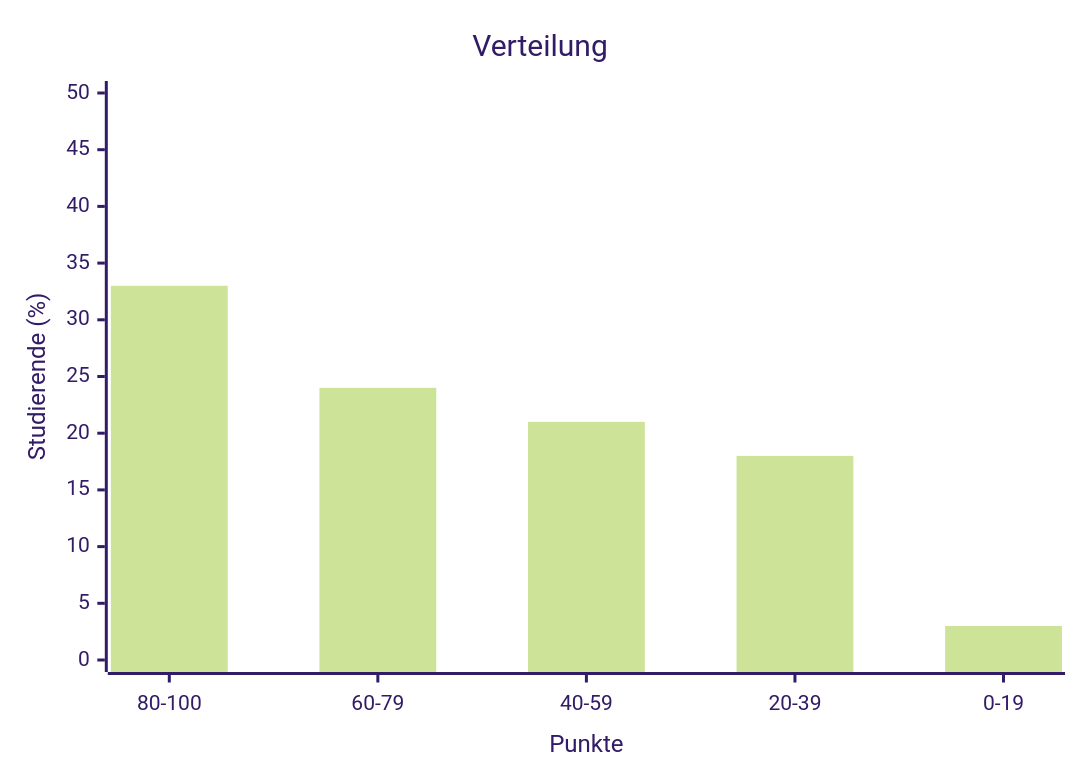
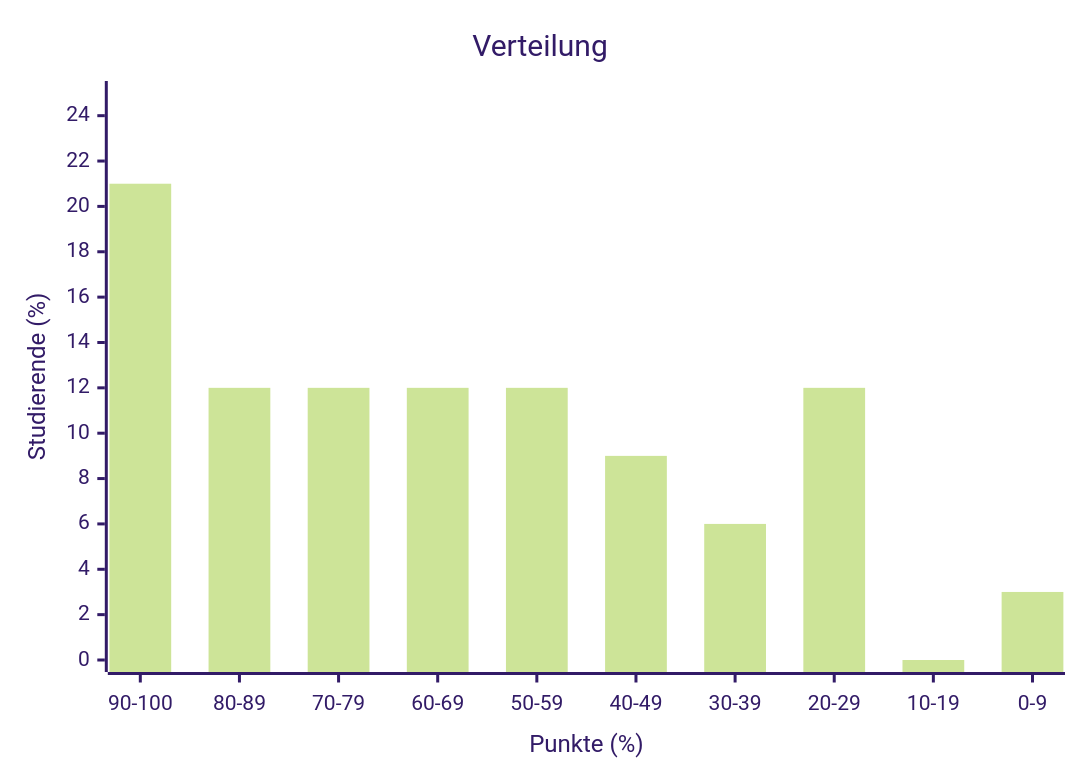
One commit to jappuccini/java-docs changed the third of 4 diagrams in docs/additional-material/daniel/coding1-wi/exam-results.md. Above: the diagram before and after it, drawn with Mermaid (forest theme). The commit also changed other lines of this file and 1 other file, not shown here.

````diff
--- a/docs/additional-material/daniel/coding1-wi/exam-results.md
+++ b/docs/additional-material/daniel/coding1-wi/exam-results.md
@@ -50,7 +45,7 @@
 ```mermaid
 xychart-beta
    title "Verteilung"
-   x-axis "Punkte" ["80-100", "60-79", "40-59", "20-39", "0-19"]
-   y-axis "Studierende (%)" 0 --> 50
-   bar [33, 24, 21, 18, 3]
+   x-axis "Punkte (%)" ["90-100", "80-89", "70-79", "60-69", "50-59", "40-49", "30-39", "20-29", "10-19", "0-9"]
+   y-axis "Studierende (%)" 0 --> 25
+   bar [21, 12, 12, 12, 12, 9, 6, 12, 0, 3]
 ```
````
